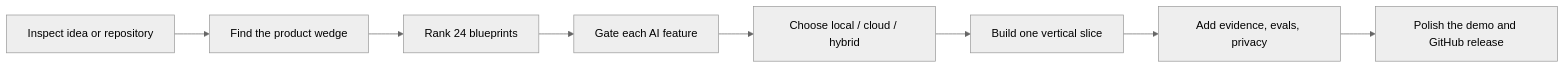
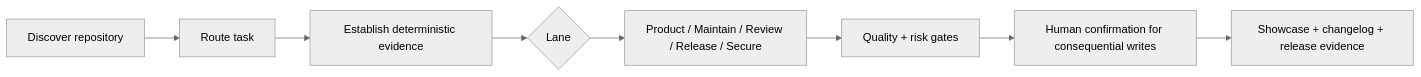
The diagram in README.md (sun461941-hub/ai-project-copilot), drawn with Mermaid (neutral theme) before and after one commit. The commit also changed other lines of this file and 50 other files, not shown here.

````diff
--- a/README.md
+++ b/README.md
@@ -42,10 +107,10 @@
 ```mermaid
 flowchart LR
-    A[Inspect idea or repository] --> B[Find the product wedge]
-    B --> C[Rank 24 blueprints]
-    C --> D[Gate each AI feature]
-    D --> E[Choose local / cloud / hybrid]
-    E --> F[Build one vertical slice]
-    F --> G[Add evidence, evals, privacy]
-    G --> H[Polish the demo and GitHub release]
+    A[Discover repository] --> B[Route task]
+    B --> C[Establish deterministic evidence]
+    C --> D{Lane}
+    D --> E[Product / Maintain / Review / Release / Secure]
+    E --> F[Quality + risk gates]
+    F --> G[Human confirmation for consequential writes]
+    G --> H[Showcase + changelog + release evidence]
 ```
````
